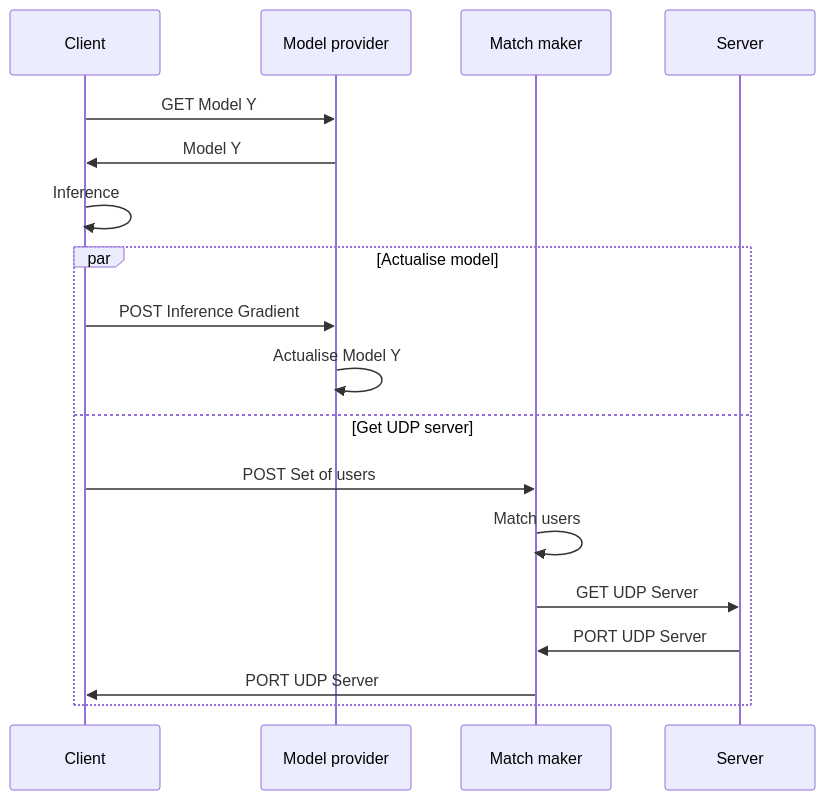
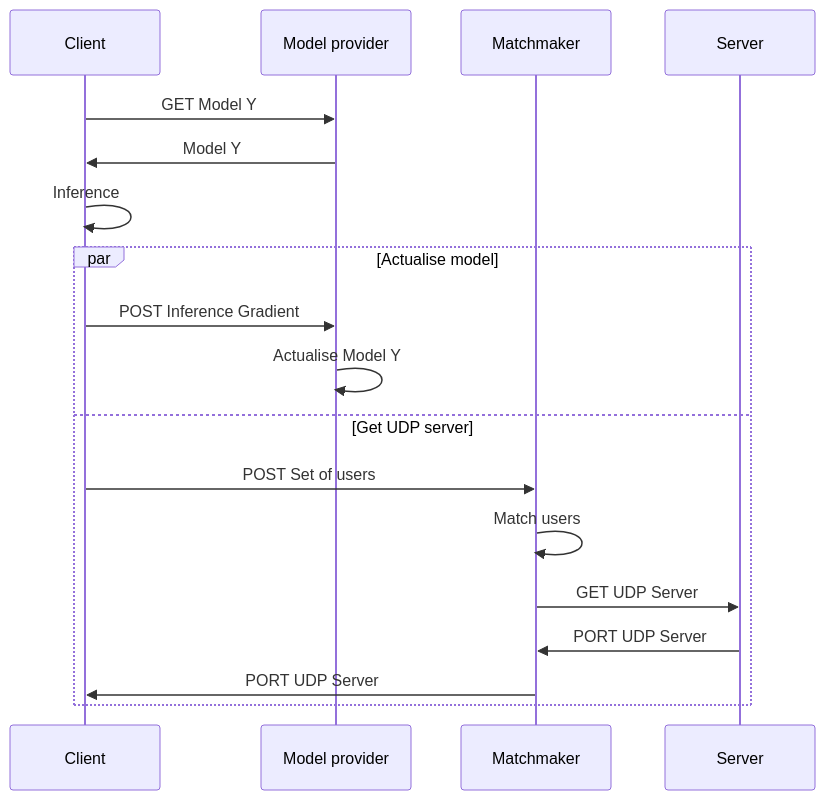
Before and after one commit to AdrKacz/super-duper-guacamole: the first of 6 diagrams in README.md, drawn with Mermaid. The commit also changed other lines of this file, not shown here.

Commit message:
update diagrams

````diff
--- a/README.md
+++ b/README.md
@@ -57,20 +57,20 @@
 ```mermaid
 sequenceDiagram
       participant Client as Client
       participant Model as Model provider
-      participant Match as Match maker
+      participant Match as Matchmaker
       participant Server as Server
       Client ->> Model: GET Model Y
       Model ->> Client: Model Y
       Client ->> Client: Inference
       par Actualise model
       Client ->> Model: POST Inference Gradient
       Model ->> Model: Actualise Model Y
       and Get UDP server
       Client ->> Match: POST Set of users
       Match ->> Match: Match users
       Match ->> Server: GET UDP Server
       Server ->> Match: PORT UDP Server
       Match ->> Client: PORT UDP Server
       end
 ```
````
